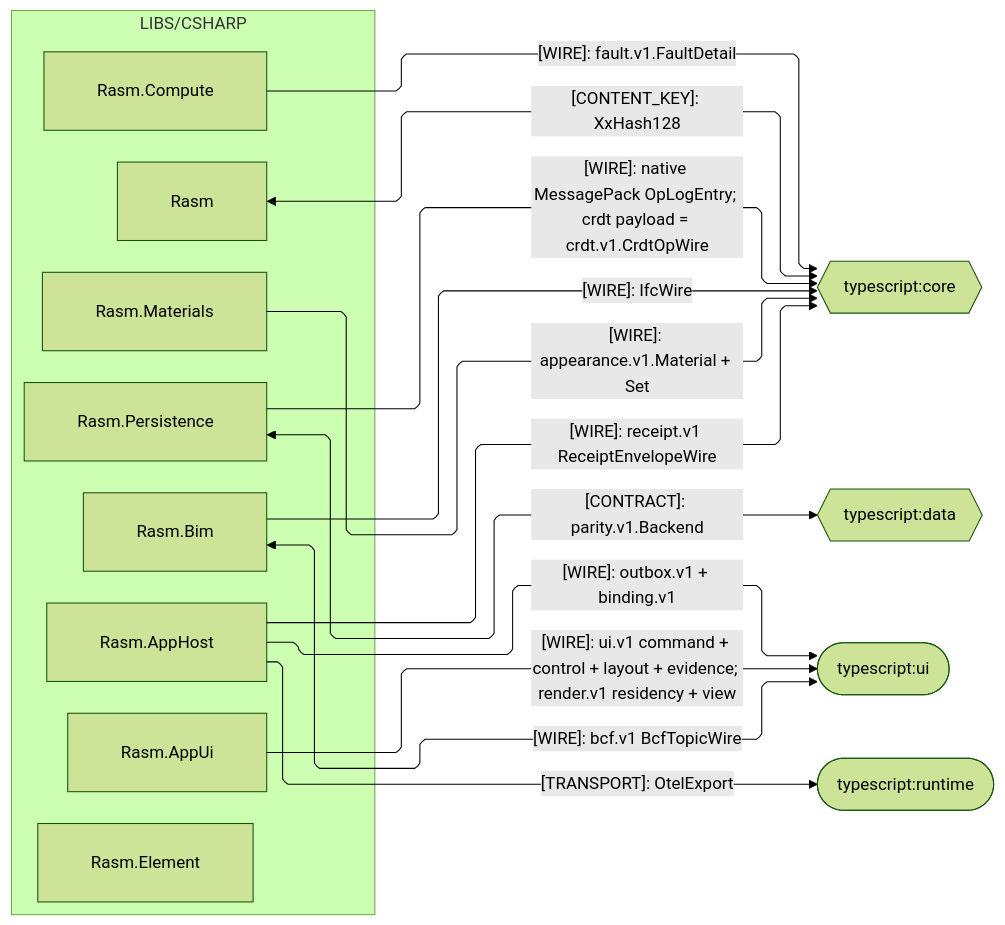
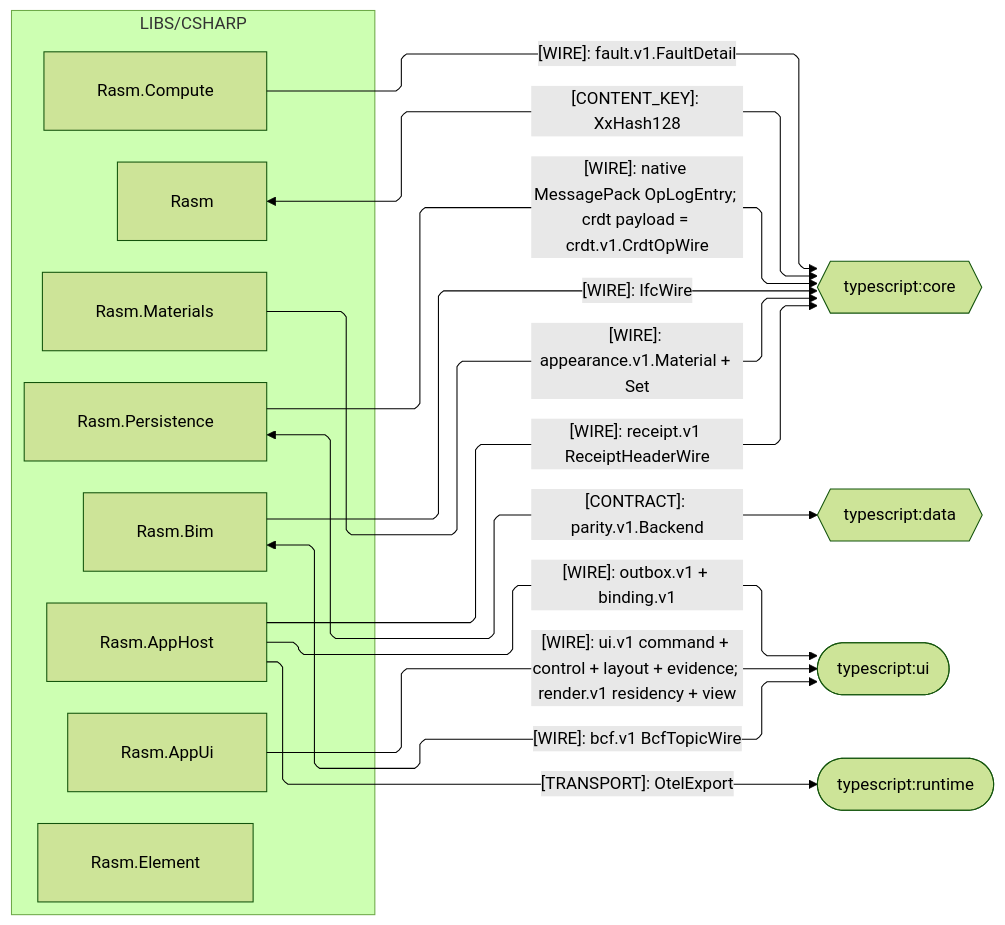
Before and after one commit to bsamiee/Rasm: the third of 5 diagrams in libs/csharp/.planning/ARCHITECTURE.md, drawn with Mermaid (forest theme). The commit also changed other lines of this file and 571 other files, not shown here.

````diff
--- a/libs/csharp/.planning/ARCHITECTURE.md
+++ b/libs/csharp/.planning/ARCHITECTURE.md
@@ -177,37 +177,37 @@
 ```mermaid
 ---
 config:
   layout: elk
   flowchart:
     curve: linear
     padding: 25
 ---
 flowchart LR
     accTitle: C# branch typescript seam registry
     accDescr: Which kinded wires the C# packages produce for the typescript core, data, runtime, and ui domains to decode.
     subgraph csharp[LIBS/CSHARP]
         Rasm[Rasm]
         Element[Rasm.Element]
         Persistence[Rasm.Persistence]
         Bim[Rasm.Bim]
         Materials[Rasm.Materials]
         Compute[Rasm.Compute]
         AppUi[Rasm.AppUi]
         AppHost[Rasm.AppHost]
     end
     TsCore{{typescript:core}}
     TsData{{typescript:data}}
     TsUi([typescript:ui])
     TsRuntime([typescript:runtime])
     Rasm e1@<-->|"[CONTENT_KEY]: XxHash128"| TsCore
     Persistence e3@-->|"[WIRE]: native MessagePack OpLogEntry; crdt payload = crdt.v1.CrdtOpWire"| TsCore
     Bim e4@-->|"[WIRE]: IfcWire"| TsCore
     Bim e5@<-->|"[WIRE]: bcf.v1 BcfTopicWire"| TsUi
     Materials e6@-->|"[WIRE]: appearance.v1.Material + Set"| TsCore
     AppUi e7@-->|"[WIRE]: ui.v1 command + control + layout + evidence; render.v1 residency + view"| TsUi
-    AppHost e8@-->|"[WIRE]: receipt.v1 ReceiptEnvelopeWire"| TsCore
+    AppHost e8@-->|"[WIRE]: receipt.v1 ReceiptHeaderWire"| TsCore
     AppHost e9@-->|"[WIRE]: outbox.v1 + binding.v1"| TsUi
     Persistence e10@<-->|"[CONTRACT]: parity.v1.Backend"| TsData
     AppHost e11@-->|"[TRANSPORT]: OtelExport"| TsRuntime
     Compute e12@-->|"[WIRE]: fault.v1.FaultDetail"| TsCore
 ```
````
